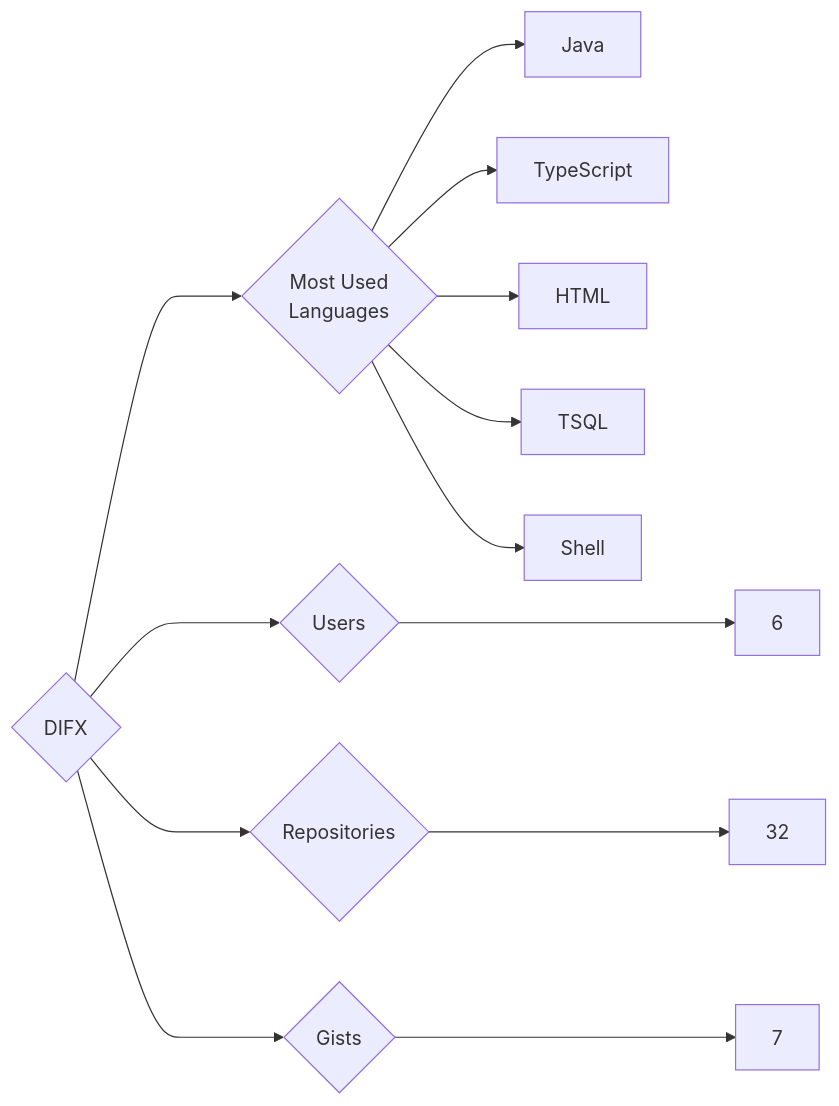
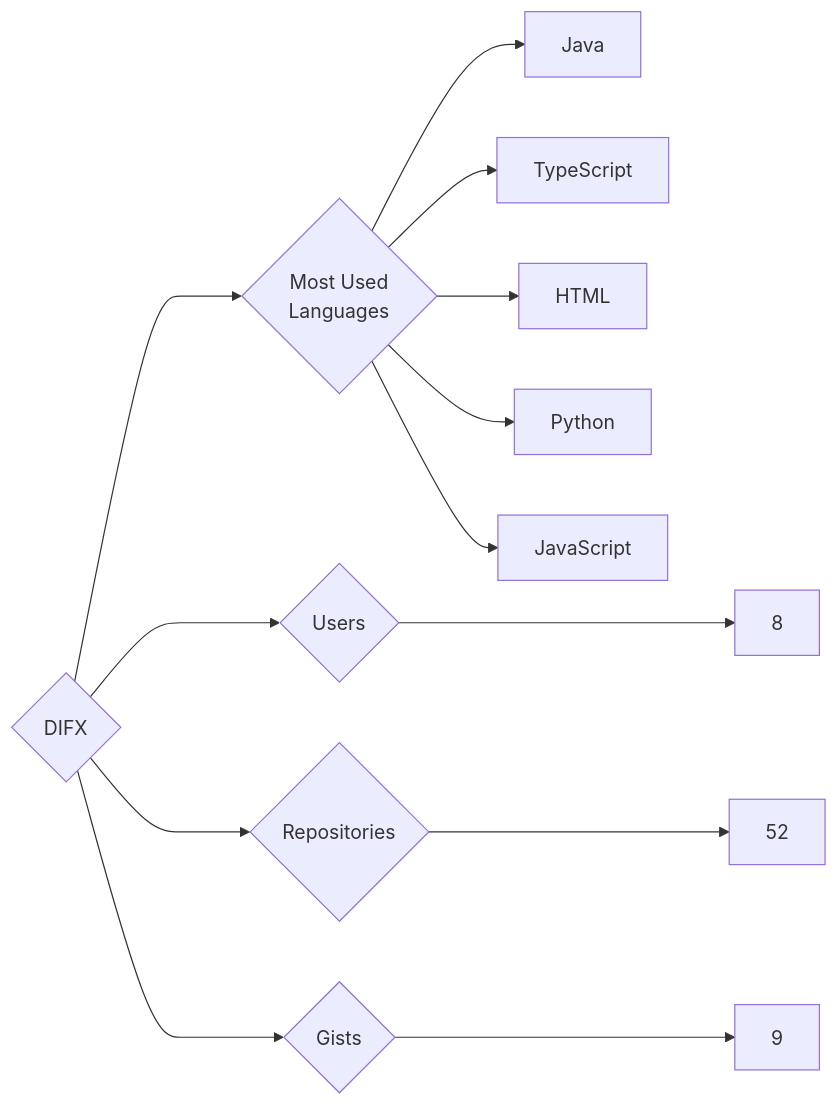
One commit to trickest/insiders changed the diagram in targets/DIFX/README.md. Above: the diagram before and after it, drawn with Mermaid. The commit also changed 1148 other files, not shown here.

````diff
--- a/targets/DIFX/README.md
+++ b/targets/DIFX/README.md
@@ -3,13 +3,13 @@
 ```mermaid
 graph LR
 COMPANY_NAME{DIFX}
-COMPANY_NAME ---> U{Users} ---> UN[6]
-COMPANY_NAME ---> R{Repositories} ---> RN[32]
-COMPANY_NAME ---> G{Gists} ---> GN[7]
+COMPANY_NAME ---> U{Users} ---> UN[8]
+COMPANY_NAME ---> R{Repositories} ---> RN[52]
+COMPANY_NAME ---> G{Gists} ---> GN[9]
 COMPANY_NAME ---> ML{Most Used<br>Languages}
 ML --> Java[Java]
 ML --> TypeScript[TypeScript]
 ML --> HTML[HTML]
-ML --> TSQL[TSQL]
-ML --> Shell[Shell]
+ML --> Python[Python]
+ML --> JavaScript[JavaScript]
 ```
````
